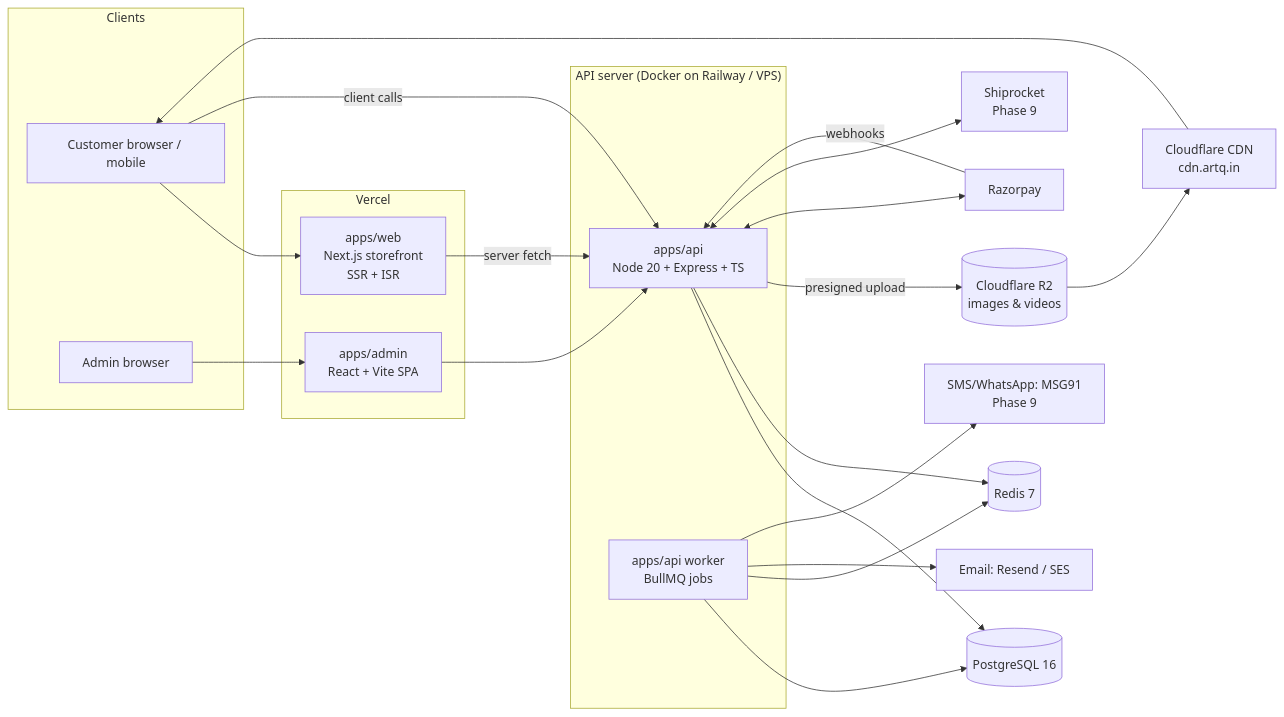
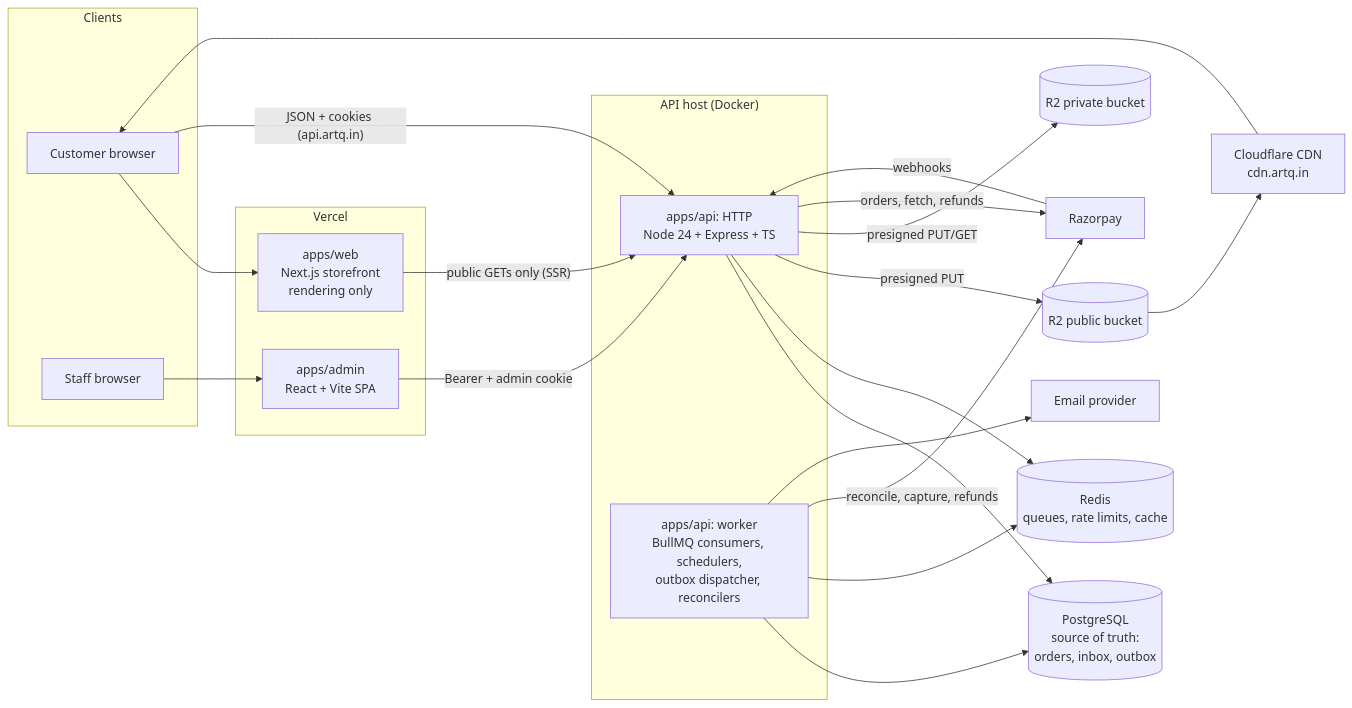
The first of 3 diagrams in docs/architecture.md (ananthu7025/ArtQ), drawn with Mermaid before and after one commit. The commit also changed other lines of this file and 9 other files, not shown here.

````diff
--- a/docs/architecture.md
+++ b/docs/architecture.md
@@ -9,39 +11,38 @@
 ```mermaid
 flowchart LR
   subgraph Clients
-    B[Customer browser / mobile]
-    A[Admin browser]
+    B[Customer browser]
+    A[Staff browser]
   end
   subgraph Vercel
-    W[apps/web<br/>Next.js storefront<br/>SSR + ISR]
+    W[apps/web<br/>Next.js storefront<br/>rendering only]
     AD[apps/admin<br/>React + Vite SPA]
   end
-  subgraph "API server (Docker on Railway / VPS)"
-    API[apps/api<br/>Node 20 + Express + TS]
-    WK[apps/api worker<br/>BullMQ jobs]
+  subgraph "API host (Docker)"
+    API[apps/api: HTTP<br/>Node 24 + Express + TS]
+    WK[apps/api: worker<br/>BullMQ consumers, schedulers,<br/>outbox dispatcher, reconcilers]
   end
-  PG[(PostgreSQL 16)]
-  RD[(Redis 7)]
-  R2[(Cloudflare R2<br/>images & videos)]
+  PG[(PostgreSQL<br/>source of truth:<br/>orders, inbox, outbox)]
+  RD[(Redis<br/>queues, rate limits, cache)]
+  R2P[(R2 public bucket)]
+  R2X[(R2 private bucket)]
   CDN[Cloudflare CDN<br/>cdn.artq.in]
   RZ[Razorpay]
-  EM[Email: Resend / SES]
-  SMS[SMS/WhatsApp: MSG91<br/>Phase 9]
-  SR[Shiprocket<br/>Phase 9]
+  EM[Email provider]
 
   B --> W
-  B -- client calls --> API
-  A --> AD --> API
-  W -- server fetch --> API
+  B -- "JSON + cookies (api.artq.in)" --> API
+  A --> AD -- "Bearer + admin cookie" --> API
+  W -- "public GETs only (SSR)" --> API
   API --> PG
   API --> RD
   WK --> PG
   WK --> RD
-  API -- presigned upload --> R2
-  R2 --> CDN --> B
-  API <--> RZ
+  API -- presigned PUT --> R2P
+  API -- presigned PUT/GET --> R2X
+  R2P --> CDN --> B
+  API -- "orders, fetch, refunds" --> RZ
+  WK -- "reconcile, capture, refunds" --> RZ
   RZ -- webhooks --> API
   WK --> EM
-  WK --> SMS
-  API <--> SR
 ```
````
